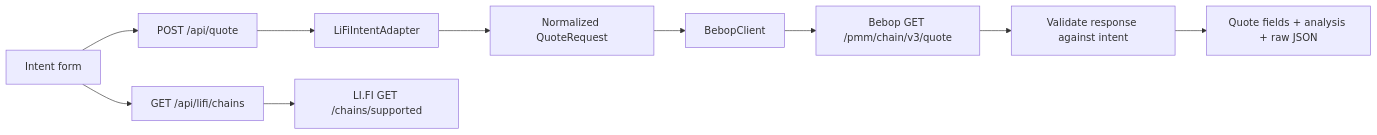
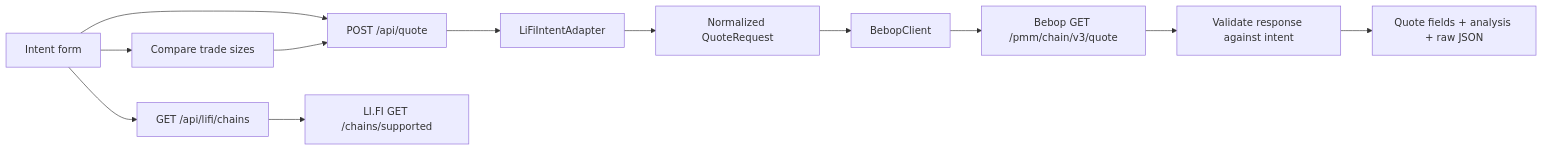
One commit to Hahn-G/rave-intent-rfq-explorer changed the diagram in README.md. Above: the diagram before and after it, drawn with Mermaid. The commit also changed other lines of this file and 7 other files, not shown here.

````diff
--- a/README.md
+++ b/README.md
@@ -72,12 +74,14 @@
 ```mermaid
 flowchart LR
   UI[Intent form] --> API[POST /api/quote]
   API --> Adapter[LiFiIntentAdapter]
   Adapter --> Request[Normalized QuoteRequest]
   Request --> Client[BebopClient]
   Client --> RFQ[Bebop GET /pmm/chain/v3/quote]
   RFQ --> Validation[Validate response against intent]
   Validation --> View[Quote fields + analysis + raw JSON]
+  UI --> Compare[Compare trade sizes]
+  Compare --> API
   UI --> Chains[GET /api/lifi/chains]
   Chains --> LIFI[LI.FI GET /chains/supported]
 ```
````
